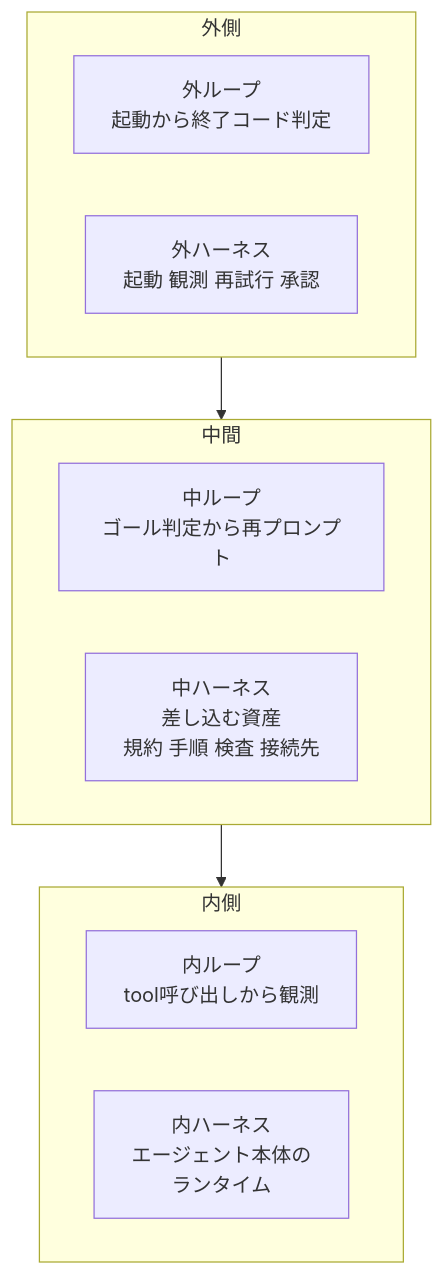
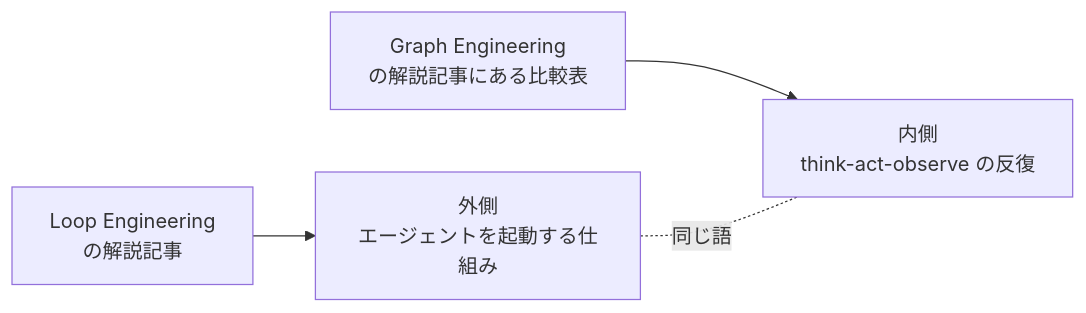
The first of 2 diagrams in articles/llm-control-layers-taxonomy_20260818.md (suwa-sh/zenn-contents), drawn with Mermaid before and after one commit. The commit also changed other lines of this file and 1 other file, not shown here.

````diff
--- a/articles/llm-control-layers-taxonomy_20260818.md
+++ b/articles/llm-control-layers-taxonomy_20260818.md
@@ -285,20 +85,6 @@
 ```mermaid
-flowchart TB
-    subgraph L3["外側"]
-        direction LR
-        a1["外ループ<br/>起動から終了コード判定"]
-        a2["外ハーネス<br/>起動 観測 再試行 承認"]
-    end
-    subgraph L2["中間"]
-        direction LR
-        b1["中ループ<br/>ゴール判定から再プロンプト"]
-        b2["中ハーネス<br/>差し込む資産<br/>規約 手順 検査 接続先"]
-    end
-    subgraph L1["内側"]
-        direction LR
-        c1["内ループ<br/>tool呼び出しから観測"]
-        c2["内ハーネス<br/>エージェント本体の<br/>ランタイム"]
-    end
-    L3 --> L2
-    L2 --> L1
+flowchart LR
+    A["Loop Engineering<br/>の解説記事"] --> OUT["外側<br/>エージェントを起動する仕組み"]
+    B["Graph Engineering<br/>の解説記事にある比較表"] --> IN["内側<br/>think-act-observe の反復"]
+    OUT -.同じ語.- IN
 ```
````
